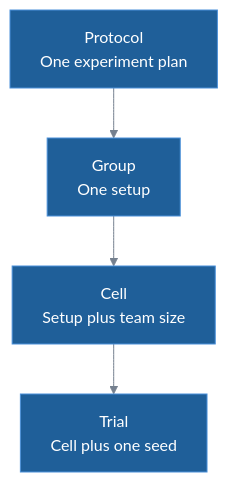
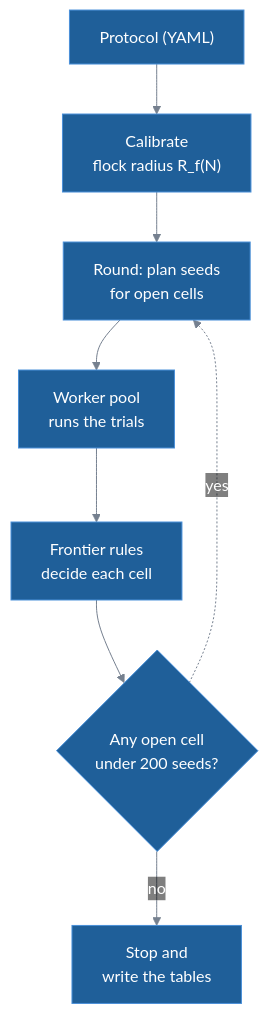
Before and after one commit to lykimq/HerdSim: the third of 3 diagrams in docs/codes/architecture.md, drawn with Mermaid. The commit also changed other lines of this file and 60 other files, not shown here.

````diff
--- a/docs/codes/architecture.md
+++ b/docs/codes/architecture.md
@@ -89,12 +114,12 @@
 ```mermaid
 %%{init: {"theme": "base", "themeVariables": {"primaryColor": "#1f5f99", "primaryTextColor": "#ffffff", "primaryBorderColor": "#4a90d9", "lineColor": "#75808f", "tertiaryTextColor": "#75808f", "titleColor": "#75808f", "clusterBkg": "transparent", "clusterBorder": "#75808f", "edgeLabelBackground": "transparent"}}}%%
 flowchart TB
-    protocol["Protocol<br/>One experiment plan"]
-    group["Group<br/>One setup"]
-    cell["Cell<br/>Setup plus team size"]
-    trial["Trial<br/>Cell plus one seed"]
-
-    protocol --> group
-    group --> cell
-    cell --> trial
+    proto["Protocol (YAML)"] --> calib["Calibrate<br/>flock radius R_f(N)"]
+    calib --> round["Round: plan seeds<br/>for open cells"]
+    pool["Worker pool<br/>runs the trials"]
+    round --> pool
+    pool --> rules["Frontier rules<br/>decide each cell"]
+    rules --> more{"Any open cell<br/>under 200 seeds?"}
+    more -.->|yes| round
+    more -->|no| stop["Stop and<br/>write the tables"]
 ```
````
